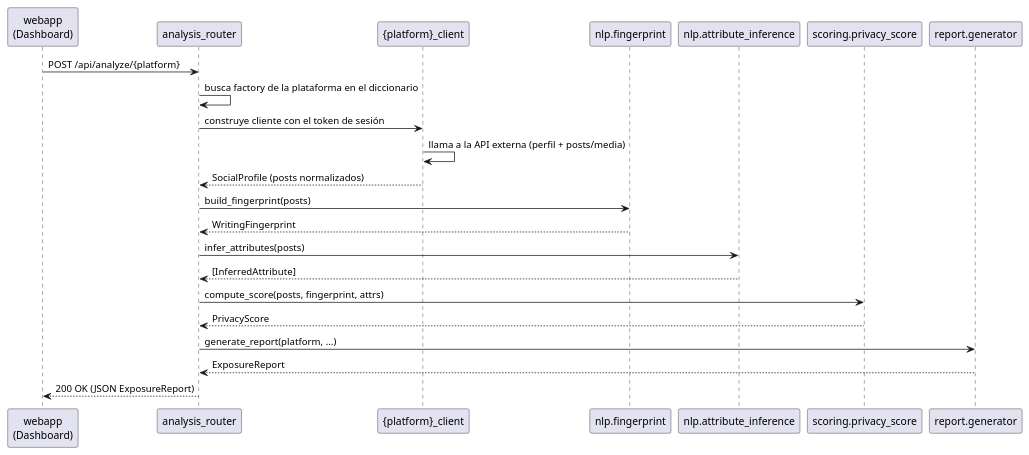
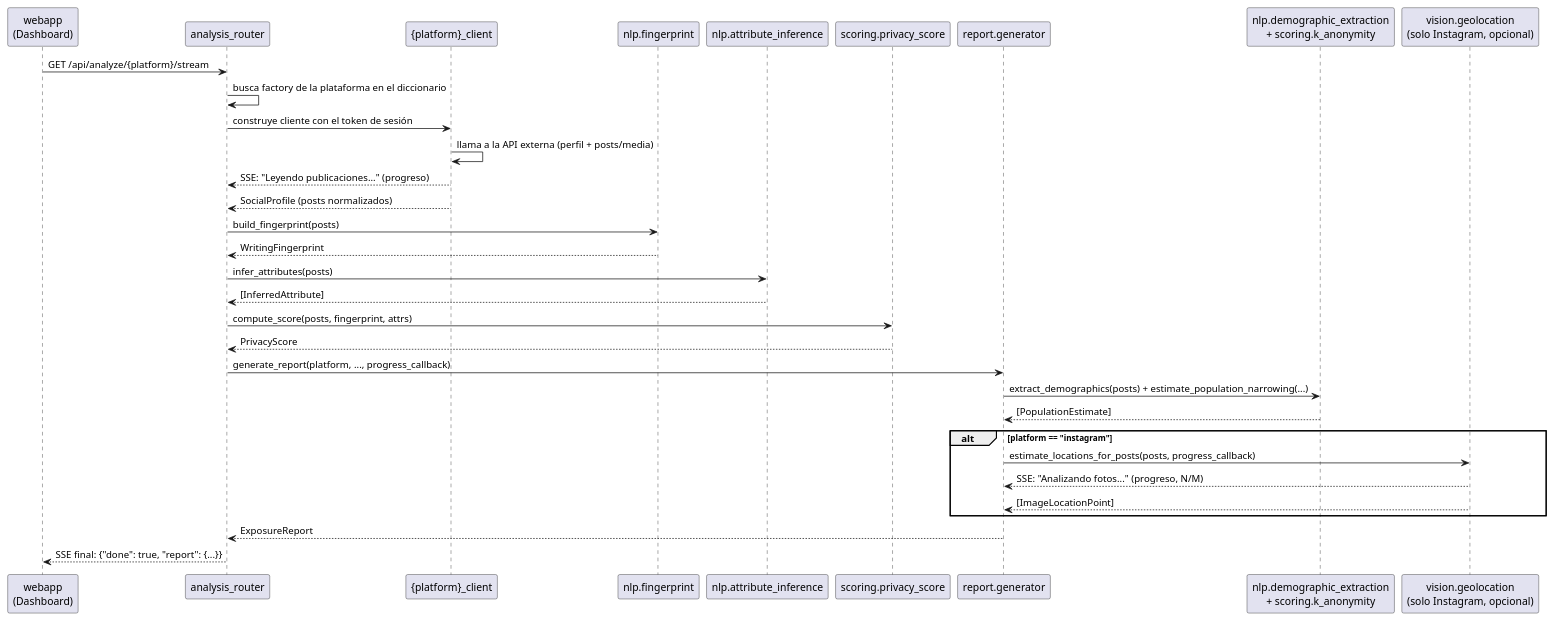
One commit to nacho50900/AmITraceable changed the third of 5 diagrams in docs/src/06_runtime_view.adoc. Above: the diagram before and after it, drawn with PlantUML. The commit also changed other lines of this file and 10 other files, not shown here.

```diff
--- a/docs/src/06_runtime_view.adoc
+++ b/docs/src/06_runtime_view.adoc
@@ -64,25 +66,35 @@
-[plantuml, "Secuencia de análisis", png]
+[plantuml, "Secuencia de análisis con progreso", png]
 ----
 participant "webapp\n(Dashboard)" as FE
 participant "analysis_router" as Router
 participant "{platform}_client" as Client
 participant "nlp.fingerprint" as FP
 participant "nlp.attribute_inference" as Attr
 participant "scoring.privacy_score" as Score
 participant "report.generator" as Report
+participant "nlp.demographic_extraction\n+ scoring.k_anonymity" as KAnon
+participant "vision.geolocation\n(solo Instagram, opcional)" as Geo
 
-FE -> Router: POST /api/analyze/{platform}
+FE -> Router: GET /api/analyze/{platform}/stream
 Router -> Router: busca factory de la plataforma en el diccionario
 Router -> Client: construye cliente con el token de sesión
 Client -> Client: llama a la API externa (perfil + posts/media)
+Client --> Router: SSE: "Leyendo publicaciones..." (progreso)
 Client --> Router: SocialProfile (posts normalizados)
 Router -> FP: build_fingerprint(posts)
 FP --> Router: WritingFingerprint
 Router -> Attr: infer_attributes(posts)
 Attr --> Router: [InferredAttribute]
 Router -> Score: compute_score(posts, fingerprint, attrs)
 Score --> Router: PrivacyScore
-Router -> Report: generate_report(platform, ...)
+Router -> Report: generate_report(platform, ..., progress_callback)
+Report -> KAnon: extract_demographics(posts) + estimate_population_narrowing(...)
+KAnon --> Report: [PopulationEstimate]
+alt platform == "instagram"
+  Report -> Geo: estimate_locations_for_posts(posts, progress_callback)
+  Geo --> Report: SSE: "Analizando fotos..." (progreso, N/M)
+  Geo --> Report: [ImageLocationPoint]
+end
 Report --> Router: ExposureReport
-Router --> FE: 200 OK (JSON ExposureReport)
+Router --> FE: SSE final: {"done": true, "report": {...}}
 ----
```
